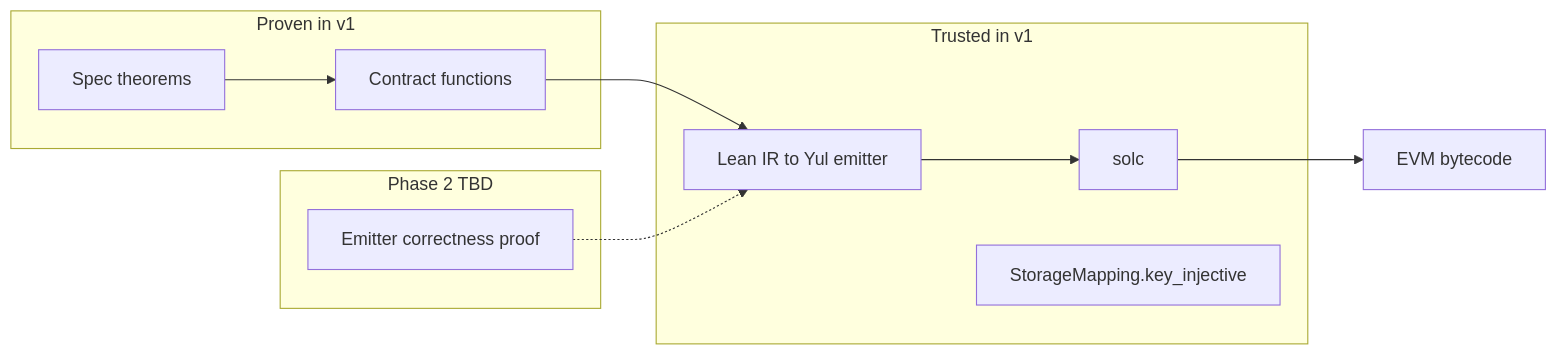
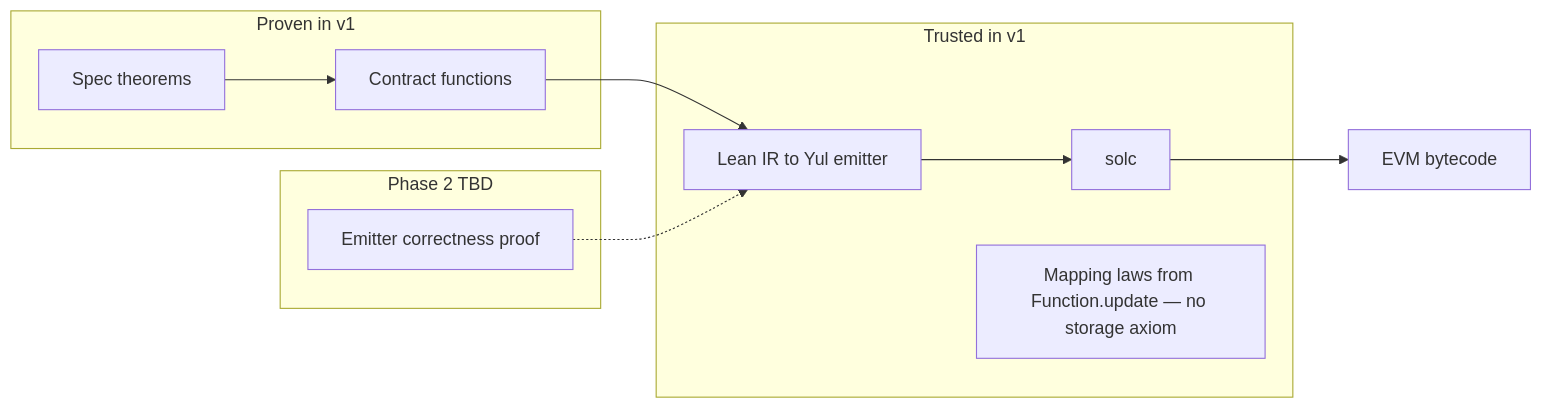
Before and after one commit to prevostc/lsc: the first of 2 diagrams in lsc-toolchain.md, drawn with Mermaid. The commit also changed other lines of this file and 2 other files, not shown here.

````diff
--- a/lsc-toolchain.md
+++ b/lsc-toolchain.md
@@ -355,21 +354,21 @@
 ```mermaid
 flowchart LR
   subgraph proven_v1 [Proven in v1]
     SpecThm[Spec theorems]
     LeanFn[Contract functions]
     SpecThm --> LeanFn
   end
 
   subgraph trusted_v1 [Trusted in v1]
     Emitter[Lean IR to Yul emitter]
     Solc[solc]
-    Axiom[StorageMapping.key_injective]
+    Note[Mapping laws from Function.update — no storage axiom]
   end
 
   subgraph future [Phase 2 TBD]
     EmitterProof[Emitter correctness proof]
   end
 
   LeanFn --> Emitter --> Solc --> Bytecode[EVM bytecode]
   EmitterProof -.-> Emitter
 ```
````
